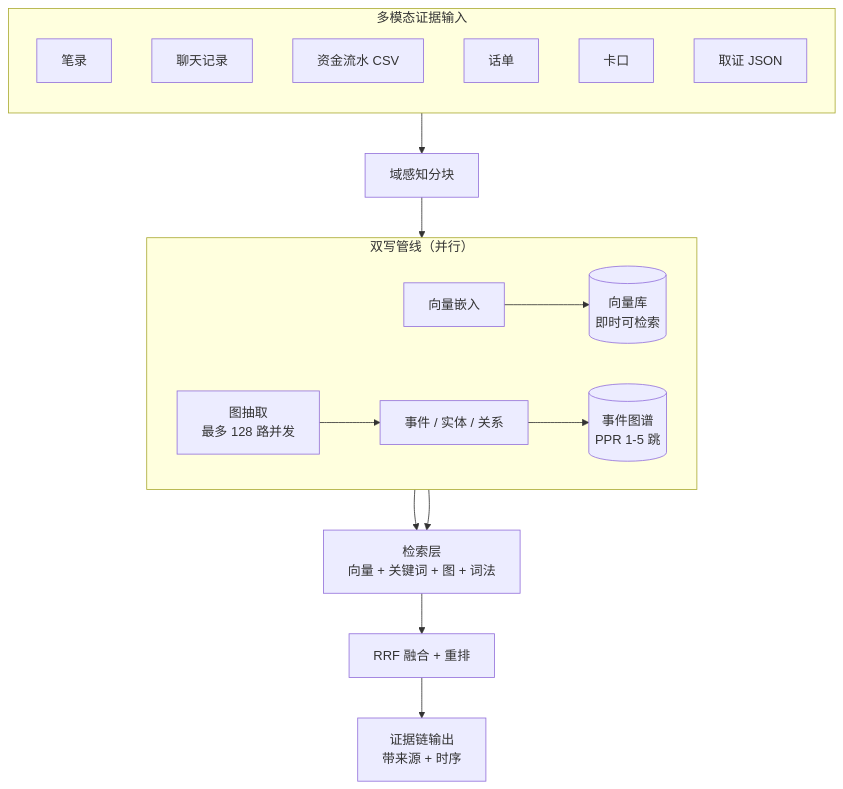
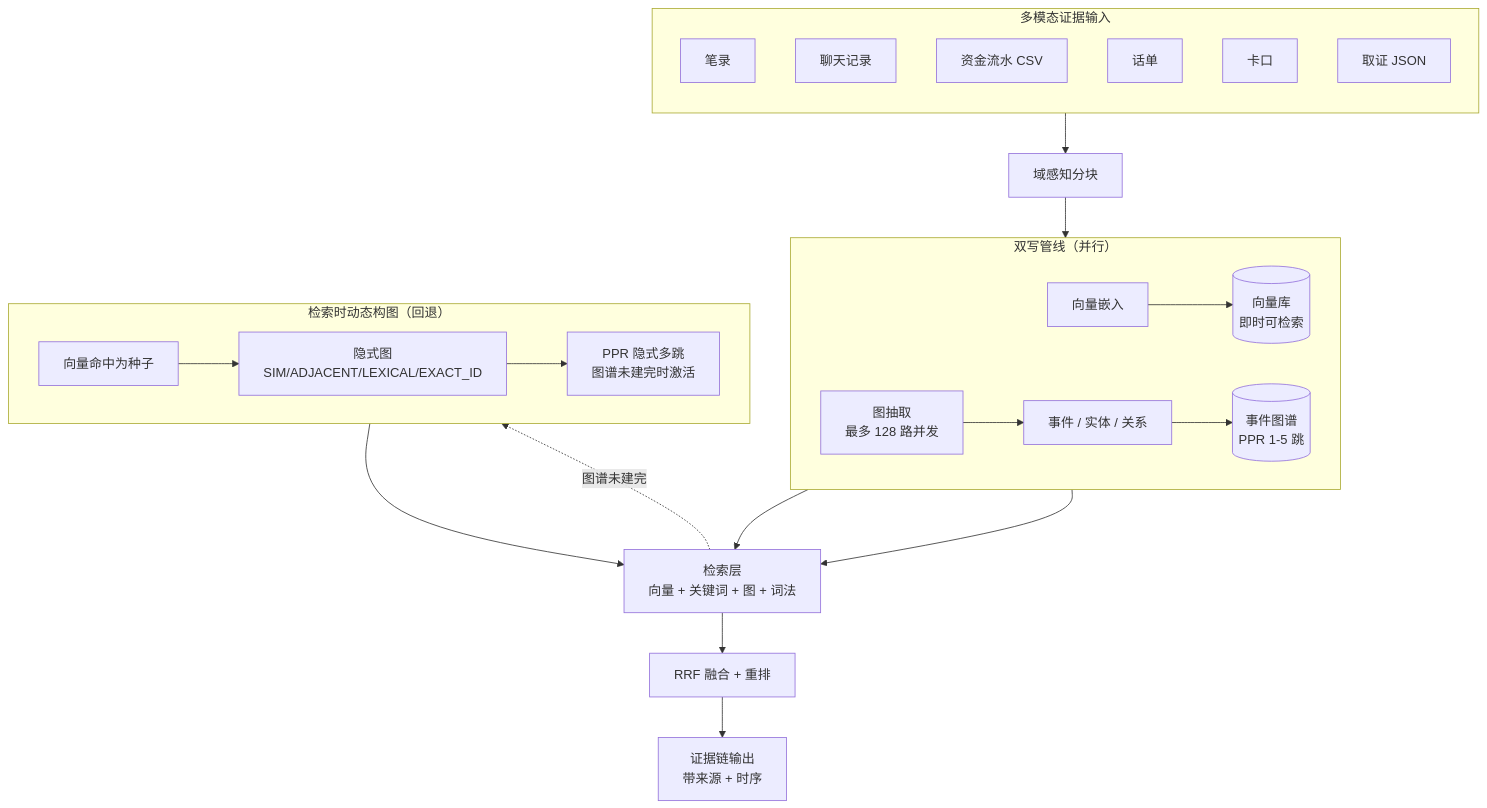
Before and after one commit to hyqlovezxh/TrailRAG: the first of 4 diagrams in README.md, drawn with Mermaid. The commit also changed other lines of this file and 47 other files, not shown here.

First line of the commit message:
feat: 事件驱动知识图谱升级与配套脚本

````diff
--- a/README.md
+++ b/README.md
@@ -57,26 +57,33 @@
 ```mermaid
 graph TB
     subgraph IN["多模态证据输入"]
         direction TB
         A1[笔录]
         A2[聊天记录]
         A3[资金流水 CSV]
         A4[话单]
         A5[卡口]
         A6[取证 JSON]
     end
     B[域感知分块]
     subgraph DUAL["双写管线（并行）"]
         direction LR
         C1[向量嵌入] --> VS[(向量库<br/>即时可检索)]
         C2[图抽取<br/>最多 128 路并发] --> GE[事件 / 实体 / 关系]
         GE --> GS[(事件图谱<br/>PPR 1-5 跳)]
     end
     Q[检索层<br/>向量 + 关键词 + 图 + 词法]
+    subgraph FB["检索时动态构图（回退）"]
+        direction LR
+        FB1[向量命中为种子] --> FB2[隐式图<br/>SIM/ADJACENT/LEXICAL/EXACT_ID]
+        FB2 --> FB3[PPR 隐式多跳<br/>图谱未建完时激活]
+    end
     F[RRF 融合 + 重排]
     O[证据链输出<br/>带来源 + 时序]
     IN --> B --> DUAL
     VS --> Q
     GS --> Q
+    Q -. 图谱未建完 .-> FB
+    FB --> Q
     Q --> F --> O
 ```
````
